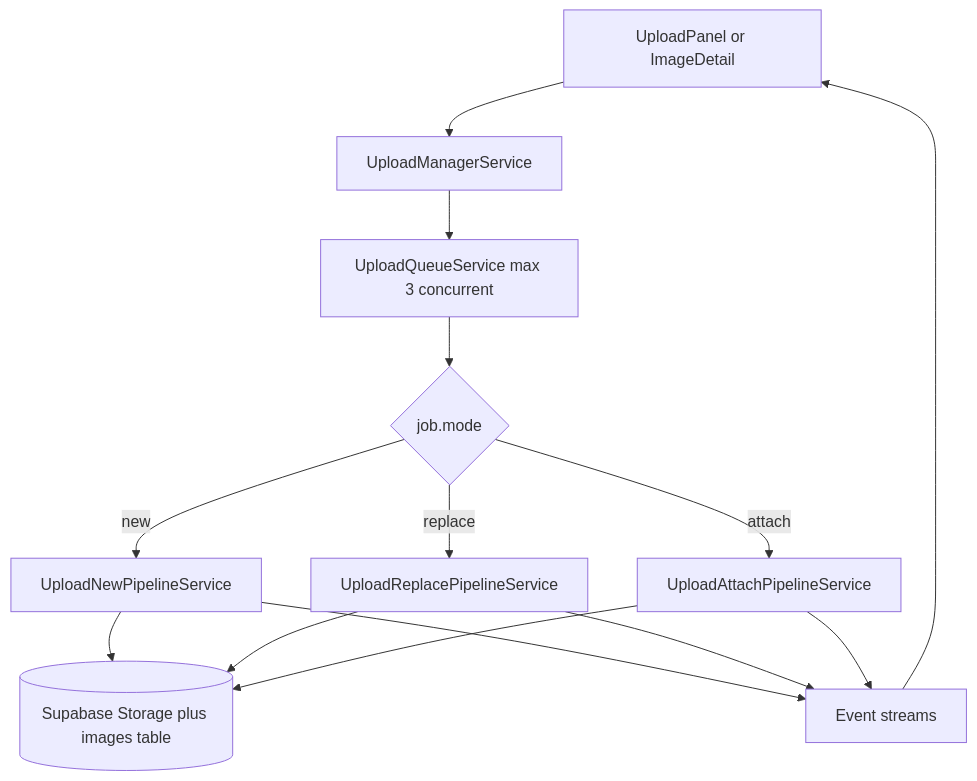
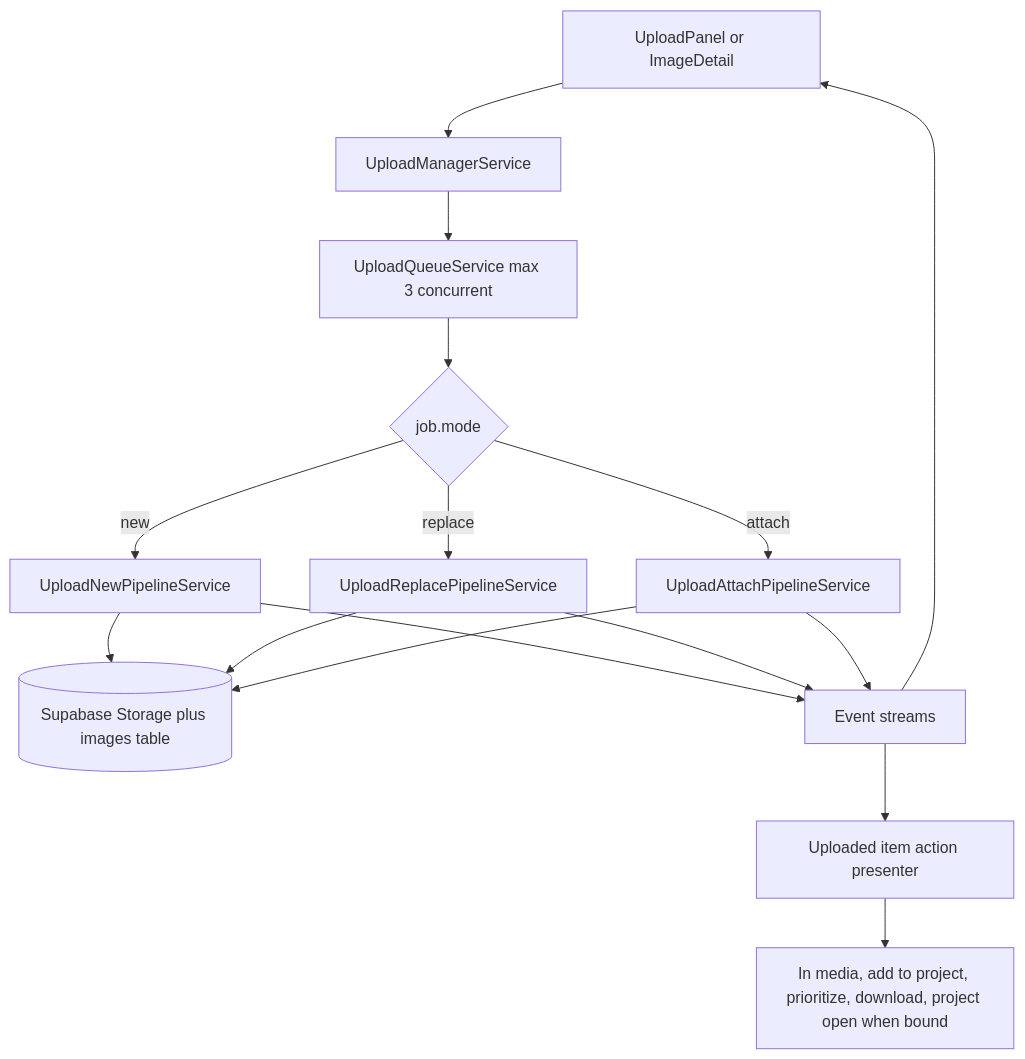
Before and after one commit to matkleve/feldpost: the first of 3 diagrams in docs/element-specs/upload-manager.md, drawn with Mermaid. The commit also changed other lines of this file and 23 other files, not shown here.

````diff
--- a/docs/element-specs/upload-manager.md
+++ b/docs/element-specs/upload-manager.md
@@ -65,16 +70,18 @@
 ```mermaid
 flowchart TD
   UI[UploadPanel or ImageDetail] --> M[UploadManagerService]
   M --> Q[UploadQueueService max 3 concurrent]
   Q --> P{job.mode}
   P -->|new| N[UploadNewPipelineService]
   P -->|replace| R[UploadReplacePipelineService]
   P -->|attach| A[UploadAttachPipelineService]
   N --> S[(Supabase Storage plus images table)]
   R --> S
   A --> S
   N --> E[Event streams]
   R --> E
   A --> E
   E --> UI
+  E --> UAI[Uploaded item action presenter]
+  UAI --> NAV[In media, add to project, prioritize, download, project open when bound]
 ```
````
